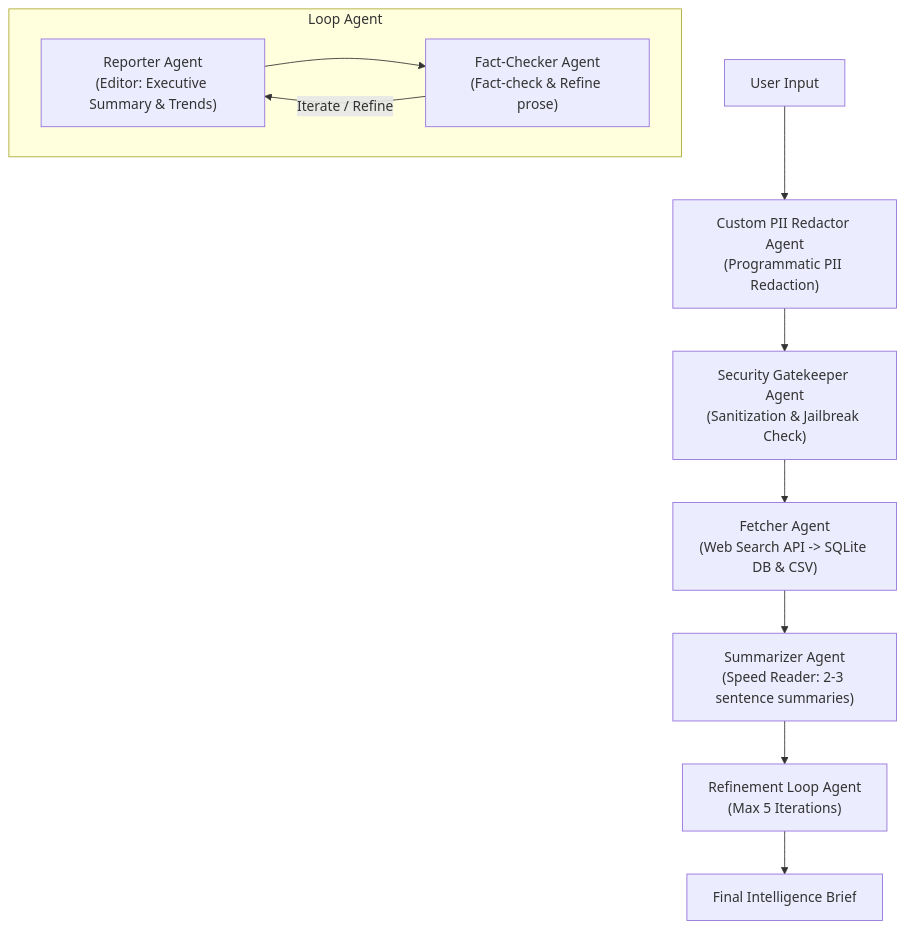
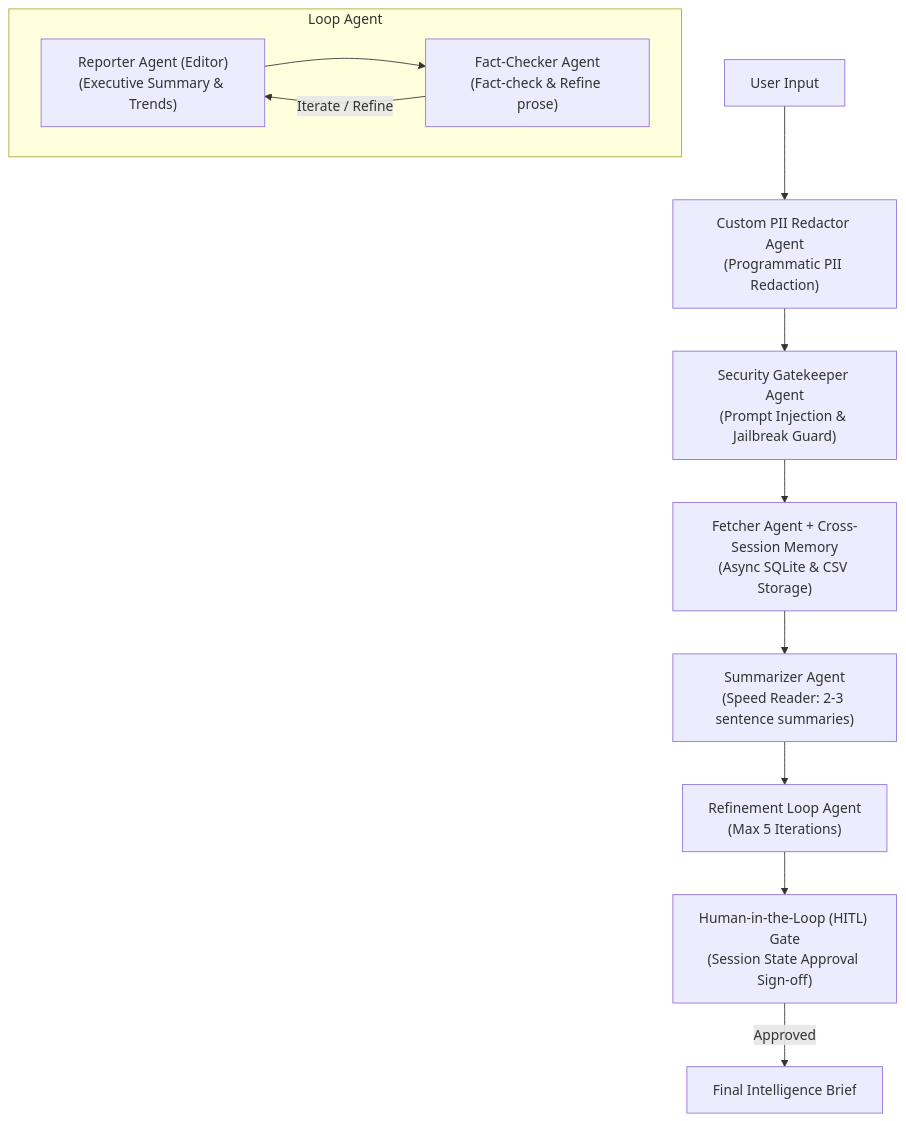
Before and after one commit to adicorppersonal/Google-AI-In-5-Days-final-project: the diagram in README.md, drawn with Mermaid. The commit also changed other lines of this file and 11 other files, not shown here.

````diff
--- a/README.md
+++ b/README.md
@@ -34,13 +34,14 @@
 ```mermaid
 graph TD
     User["User Input"] --> Redactor["Custom PII Redactor Agent<br/>(Programmatic PII Redaction)"]
-    Redactor --> Gatekeeper["Security Gatekeeper Agent<br/>(Sanitization & Jailbreak Check)"]
-    Gatekeeper --> Fetcher["Fetcher Agent<br/>(Web Search API -> SQLite DB & CSV)"]
+    Redactor --> Gatekeeper["Security Gatekeeper Agent<br/>(Prompt Injection & Jailbreak Guard)"]
+    Gatekeeper --> Fetcher["Fetcher Agent + Cross-Session Memory<br/>(Async SQLite & CSV Storage)"]
     Fetcher --> Summarizer["Summarizer Agent<br/>(Speed Reader: 2-3 sentence summaries)"]
     Summarizer --> Loop["Refinement Loop Agent<br/>(Max 5 Iterations)"]
     subgraph Refinement Loop [Loop Agent]
-        Reporter["Reporter Agent<br/>(Editor: Executive Summary & Trends)"] --> FactChecker["Fact-Checker Agent<br/>(Fact-check & Refine prose)"]
+        Reporter["Reporter Agent (Editor)<br/>(Executive Summary & Trends)"] --> FactChecker["Fact-Checker Agent<br/>(Fact-check & Refine prose)"]
         FactChecker -->|Iterate / Refine| Reporter
     end
-    Loop --> Final["Final Intelligence Brief"]
+    Loop --> HITL["Human-in-the-Loop (HITL) Gate<br/>(Session State Approval Sign-off)"]
+    HITL -->|Approved| Final["Final Intelligence Brief"]
 ```
````
